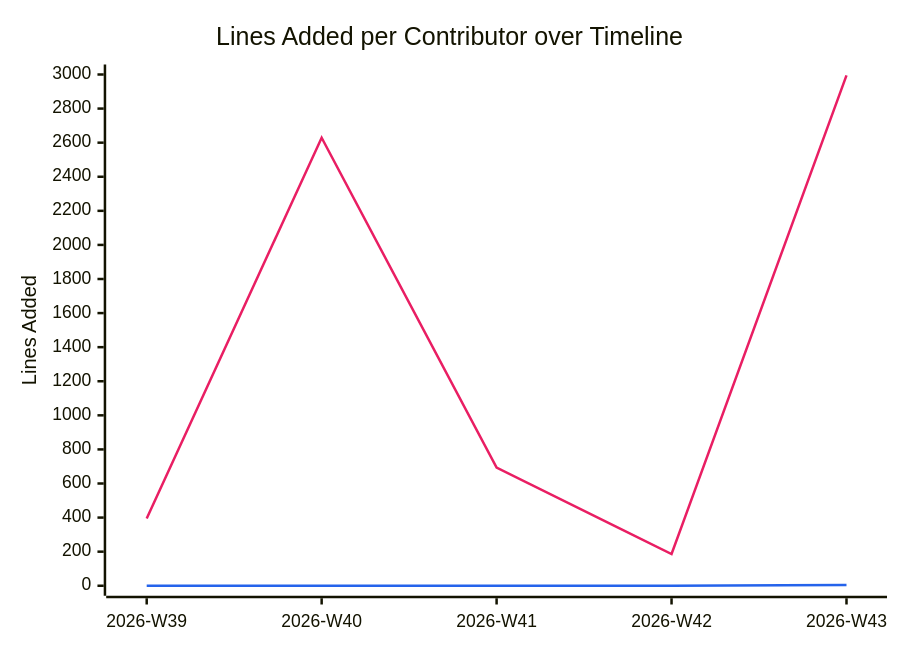
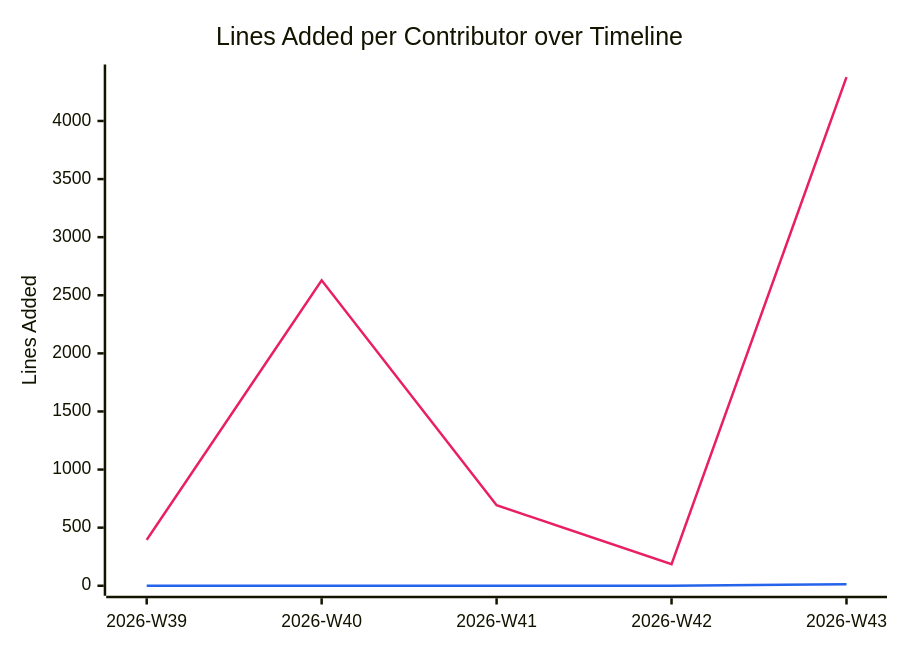
The diagram in documentation/snippets/management/code-additions.mmd (BeyondMagic/wisp), drawn with Mermaid before and after one commit. The commit also changed 2 other files, not shown here.

```diff
--- a/documentation/snippets/management/code-additions.mmd
+++ b/documentation/snippets/management/code-additions.mmd
@@ -1,7 +1,7 @@
 %%{init: {"themeVariables": {"xyChart": {"plotColorPalette": "#e91e63, #2563eb"}}}}%%
 xychart-beta
     title "Lines Added per Contributor over Timeline"
     x-axis ["2026-W39", "2026-W40", "2026-W41", "2026-W42", "2026-W43"]
-    y-axis "Lines Added" 0 --> 3000
-    line [395, 2629, 693, 186, 2995]
-    line [0, 0, 0, 0, 5]
+    y-axis "Lines Added" 0 --> 4400
+    line [395, 2629, 693, 186, 4377]
+    line [0, 0, 0, 0, 12]
```
